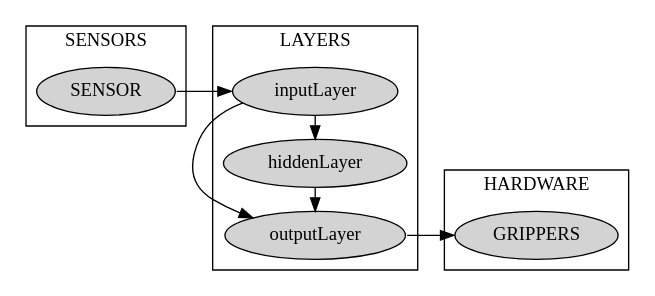
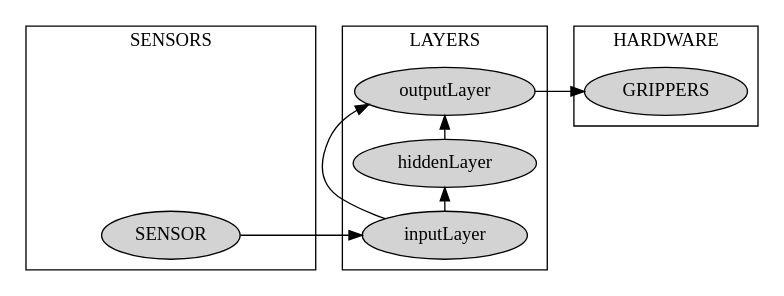
One commit to TheRoboticsClub/colab-gsoc2020-Sakshay_Mahna changed the diagram in evolutionary_robots/examples/repr/order.gv. Above: the diagram before and after it, drawn with Graphviz. The commit also changed 8 other files, not shown here.

```diff
--- a/evolutionary_robots/examples/repr/order.gv
+++ b/evolutionary_robots/examples/repr/order.gv
@@ -1,22 +1,26 @@
 digraph ANN {
-	graph [rankdir=LR]
+	graph [concentrate=true rankdir=LR]
 	subgraph cluster_2 {
 		node [style=filled]
 		color=black label=SENSORS
+		hiddenoutputLayer [style=invis]
+		hiddenhiddenLayer [style=invis]
 		SENSOR
 	}
 	subgraph cluster_1 {
 		node [style=filled]
 		color=black label=LAYERS
 		inputLayer -> hiddenLayer [constraint=false]
 		inputLayer -> outputLayer [constraint=false]
 		hiddenLayer -> outputLayer [constraint=false]
 	}
 	subgraph cluster_0 {
 		node [style=filled]
 		color=black label=HARDWARE
 		GRIPPERS
 	}
-	outputLayer:e -> GRIPPERS:w
-	SENSOR:e -> inputLayer:w
+	outputLayer -> GRIPPERS
+	hiddenoutputLayer -> outputLayer [style=invis]
+	hiddenhiddenLayer -> hiddenLayer [style=invis]
+	SENSOR -> inputLayer
 }
```
